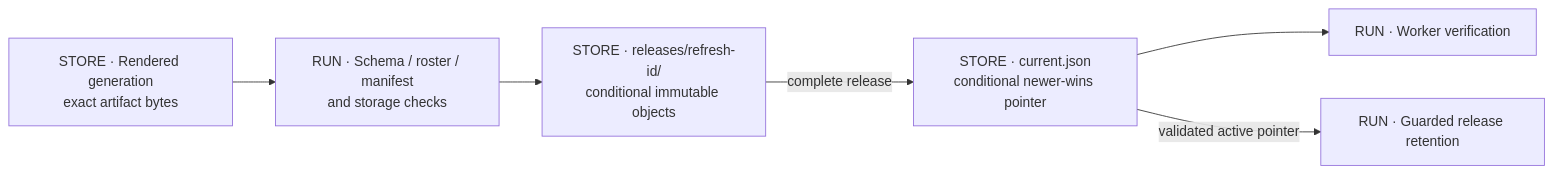
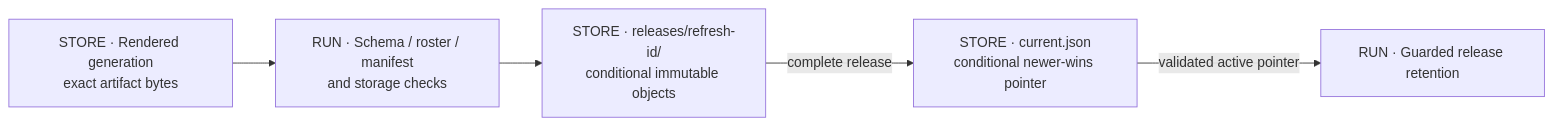
The third of 5 diagrams in atlas/REFRESH_PUBLICATION.md (raymdl/kdm-bf6-rankings), drawn with Mermaid before and after one commit. The commit also changed other lines of this file and 10 other files, not shown here.

````diff
--- a/atlas/REFRESH_PUBLICATION.md
+++ b/atlas/REFRESH_PUBLICATION.md
@@ -78,14 +73,12 @@
 ```mermaid
 flowchart LR
   GEN["STORE · Rendered generation<br/>exact artifact bytes"]
   CHECK["RUN · Schema / roster / manifest<br/>and storage checks"]
   UP["STORE · releases/refresh-id/<br/>conditional immutable objects"]
   PTR["STORE · current.json<br/>conditional newer-wins pointer"]
-  READ["RUN · Worker verification"]
   RET["RUN · Guarded release retention"]
   GEN --> CHECK
   CHECK --> UP
   UP -->|"complete release"| PTR
-  PTR --> READ
   PTR -->|"validated active pointer"| RET
 ```
````
